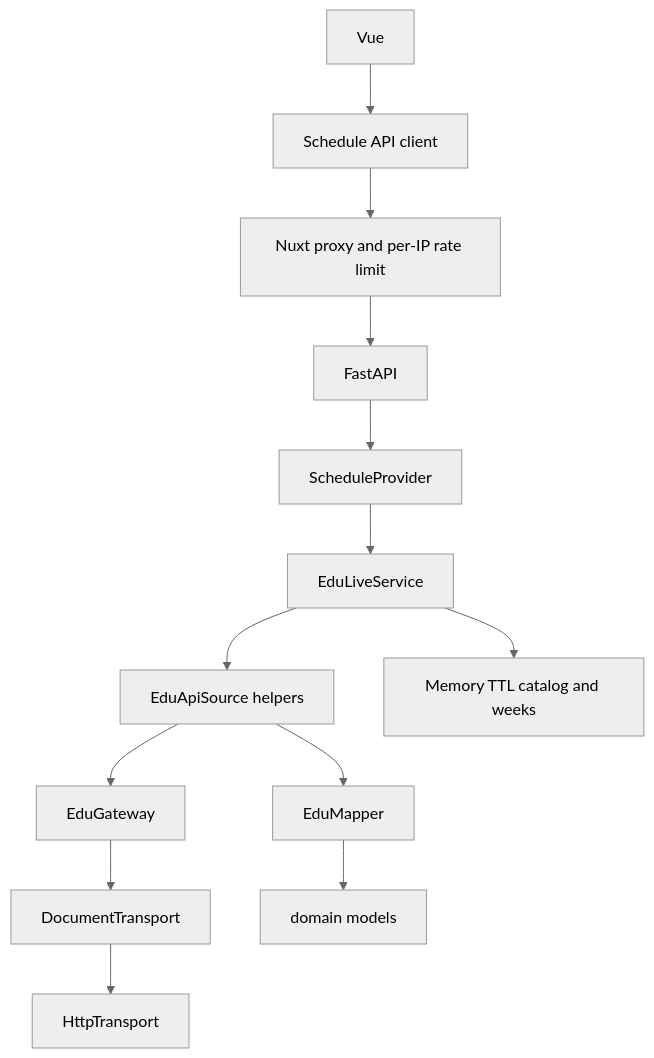
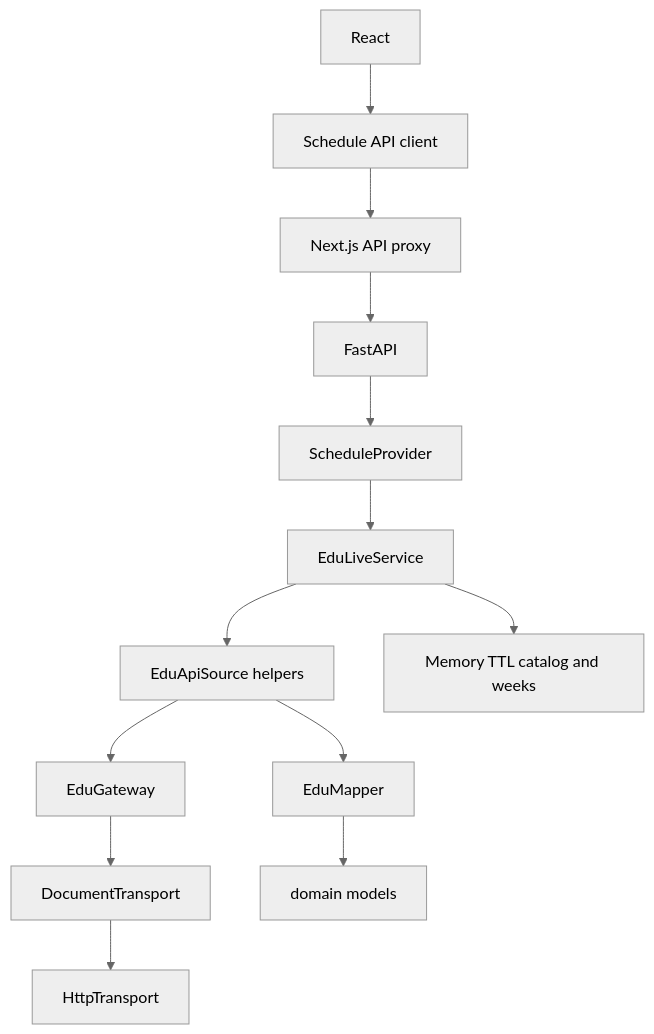
The diagram in docs/architecture.md (XLasel/misisync), drawn with Mermaid (neutral theme) before and after one commit. The commit also changed other lines of this file and 59 other files, not shown here.

First line of the commit message:
Refactor frontend to migrate from Nuxt.js to Next.js

````diff
--- a/docs/architecture.md
+++ b/docs/architecture.md
@@ -5,15 +5,15 @@
 ```mermaid
 flowchart TD
-    UI[Vue] --> Client[Schedule API client]
-    Client --> Proxy[Nuxt proxy and per-IP rate limit]
+    UI[React] --> Client[Schedule API client]
+    Client --> Proxy[Next.js API proxy]
     Proxy --> HTTPAPI[FastAPI]
     HTTPAPI --> Provider[ScheduleProvider]
     Provider --> Live[EduLiveService]
     Live --> Edu[EduApiSource helpers]
     Edu --> Gateway[EduGateway]
     Edu --> EduMap[EduMapper]
     Gateway --> Transport[DocumentTransport]
     Transport --> HTTP[HttpTransport]
     Live --> MemCache[Memory TTL catalog and weeks]
     EduMap --> Domain[domain models]
 ```
````
